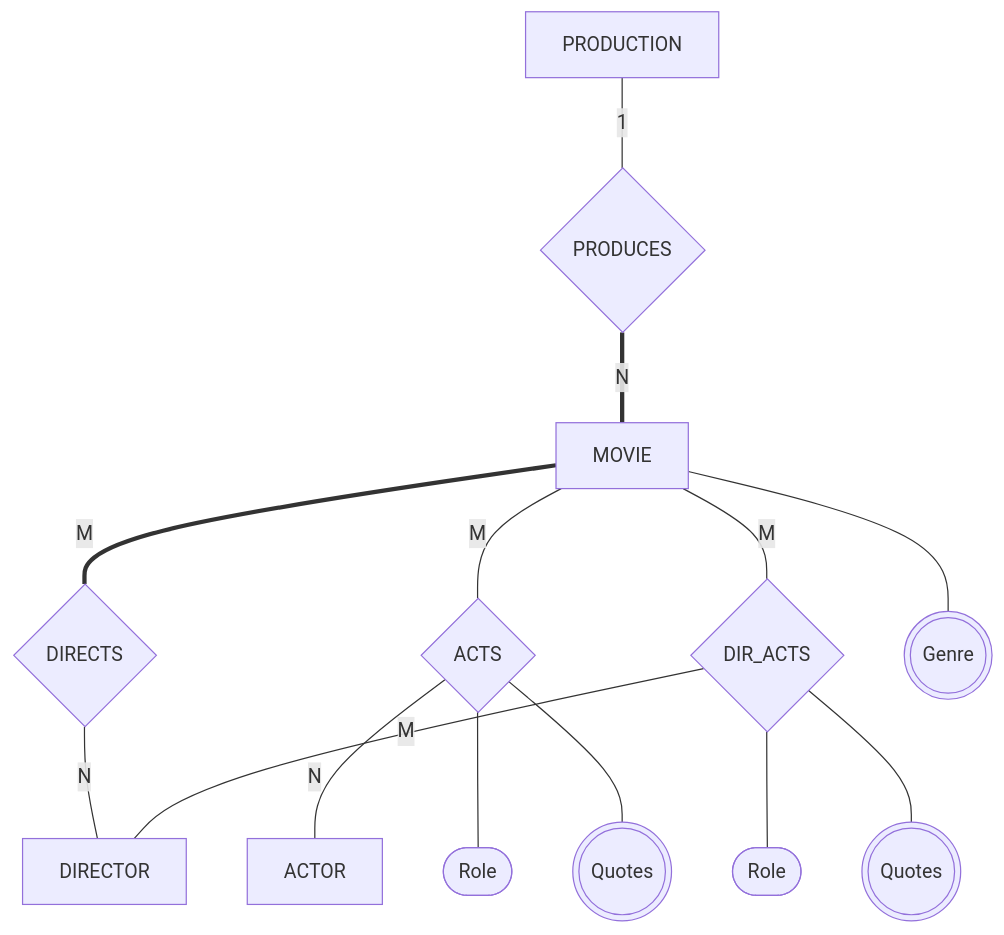
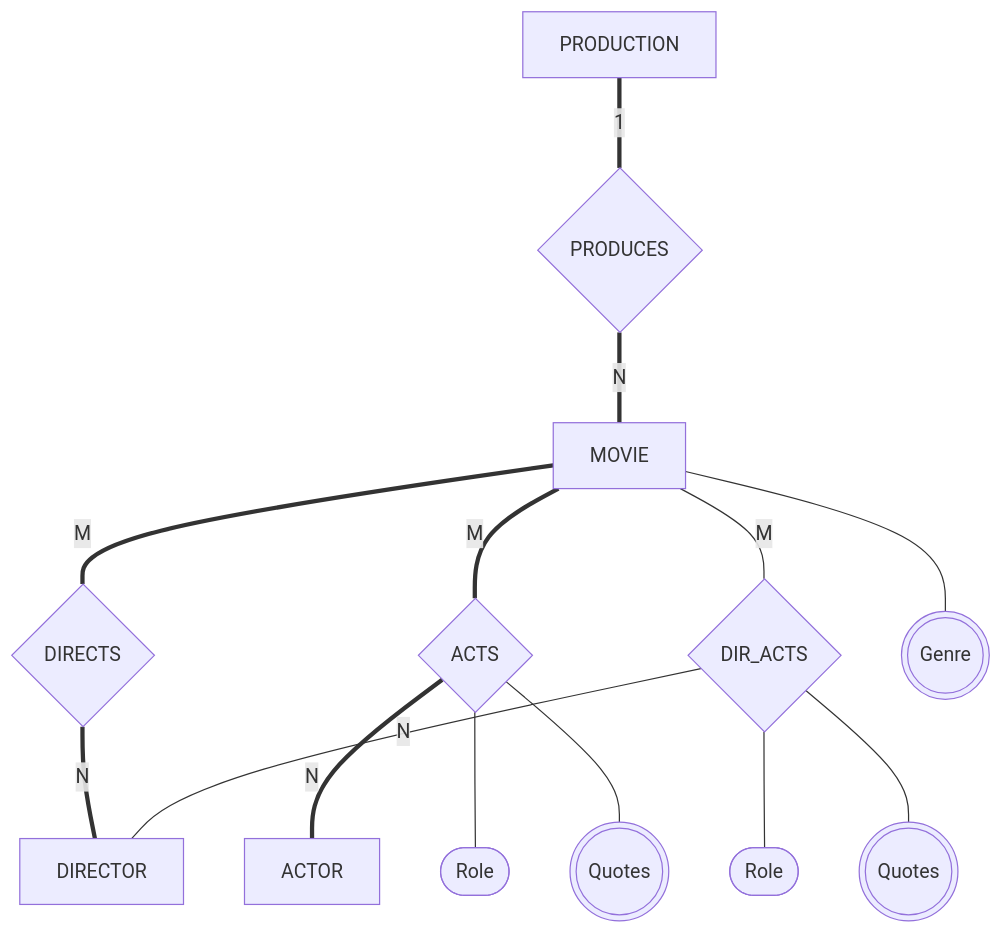
Before and after one commit to Hong-Iron/Hongs_Blog: the second of 3 diagrams in _notes/database-design/er-mapping-ladder.md, drawn with Mermaid. The commit also changed other lines of this file and 1740 other files, not shown here.

````diff
--- a/_notes/database-design/er-mapping-ladder.md
+++ b/_notes/database-design/er-mapping-ladder.md
@@ -108,16 +108,16 @@
 ```mermaid
 flowchart TD
-    PRODN["PRODUCTION"] ---|"1"| PRODUCES{"PRODUCES"}
+    PRODN["PRODUCTION"] ===|"1"| PRODUCES{"PRODUCES"}
     PRODUCES ===|"N"| MOVIE["MOVIE"]
     MOVIE ===|"M"| DIRECTS{"DIRECTS"}
-    DIRECTS ---|"N"| DIRECTOR["DIRECTOR"]
-    MOVIE ---|"M"| ACTS{"ACTS"}
-    ACTS ---|"N"| ACTOR["ACTOR"]
+    DIRECTS ===|"N"| DIRECTOR["DIRECTOR"]
+    MOVIE ===|"M"| ACTS{"ACTS"}
+    ACTS ===|"N"| ACTOR["ACTOR"]
     MOVIE ---|"M"| DIRACTS{"DIR_ACTS"}
-    DIRACTS ---|"M"| DIRECTOR
+    DIRACTS ---|"N"| DIRECTOR
     MOVIE --- genre((("Genre")))
     ACTS --- role1(["Role"])
     ACTS --- q1((("Quotes")))
     DIRACTS --- role2(["Role"])
     DIRACTS --- q2((("Quotes")))
 ```
````
